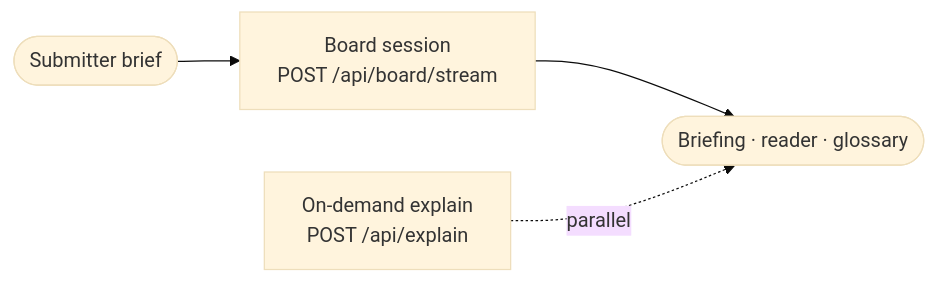
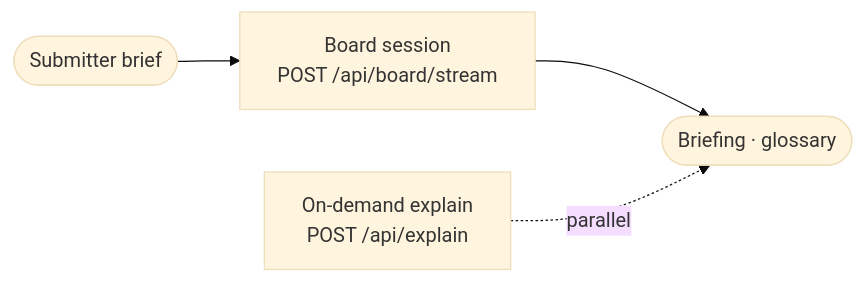
One commit to Alllann/boardai changed the first of 3 diagrams in docs/prompt-flow.md. Above: the diagram before and after it, drawn with Mermaid (base theme). The commit also changed other lines of this file and 36 other files, not shown here.

````diff
--- a/docs/prompt-flow.md
+++ b/docs/prompt-flow.md
@@ -18,10 +18,10 @@
 ```mermaid
 flowchart LR
   IN(["Submitter brief"])
   RUN["Board session<br/>POST /api/board/stream"]
-  OUT(["Briefing · reader · glossary"])
+  OUT(["Briefing · glossary"])
   SIDE["On-demand explain<br/>POST /api/explain"]
 
   IN --> RUN --> OUT
   SIDE -.->|parallel| OUT
 ```
````
